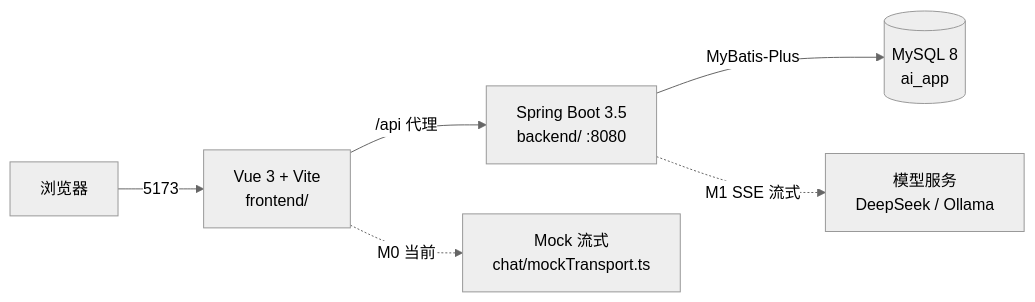
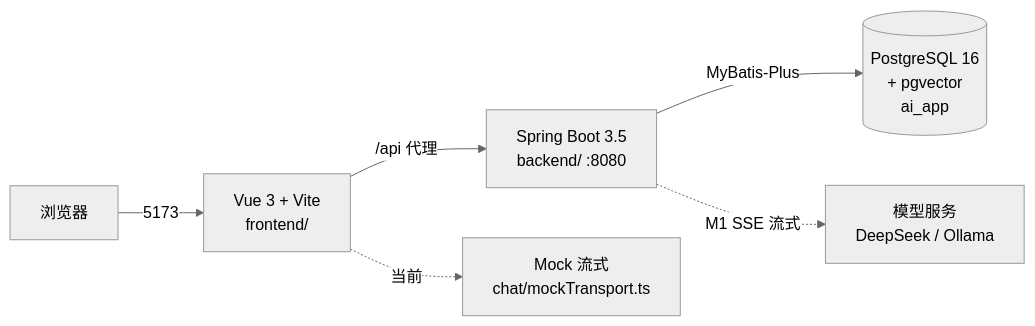
The first of 5 diagrams in docs/ARCHITECTURE.md (tutuchacha/AI_app), drawn with Mermaid (neutral theme) before and after one commit. The commit also changed 28 other files, not shown here.

First line of the commit message:
切库：MySQL 全量换成 PostgreSQL 16 + pgvector

````diff
--- a/docs/ARCHITECTURE.md
+++ b/docs/ARCHITECTURE.md
@@ -8,8 +8,8 @@
 ```mermaid
 flowchart LR
     U[浏览器] -->|5173| V[Vue 3 + Vite<br/>frontend/]
     V -->|/api 代理| S[Spring Boot 3.5<br/>backend/ :8080]
-    S -->|MyBatis-Plus| D[(MySQL 8<br/>ai_app)]
+    S -->|MyBatis-Plus| D[(PostgreSQL 16<br/>+ pgvector<br/>ai_app)]
     S -.->|M1 SSE 流式| M[模型服务<br/>DeepSeek / Ollama]
-    V -.->|M0 当前| MK[Mock 流式<br/>chat/mockTransport.ts]
+    V -.->|当前| MK[Mock 流式<br/>chat/mockTransport.ts]
 ```
````
